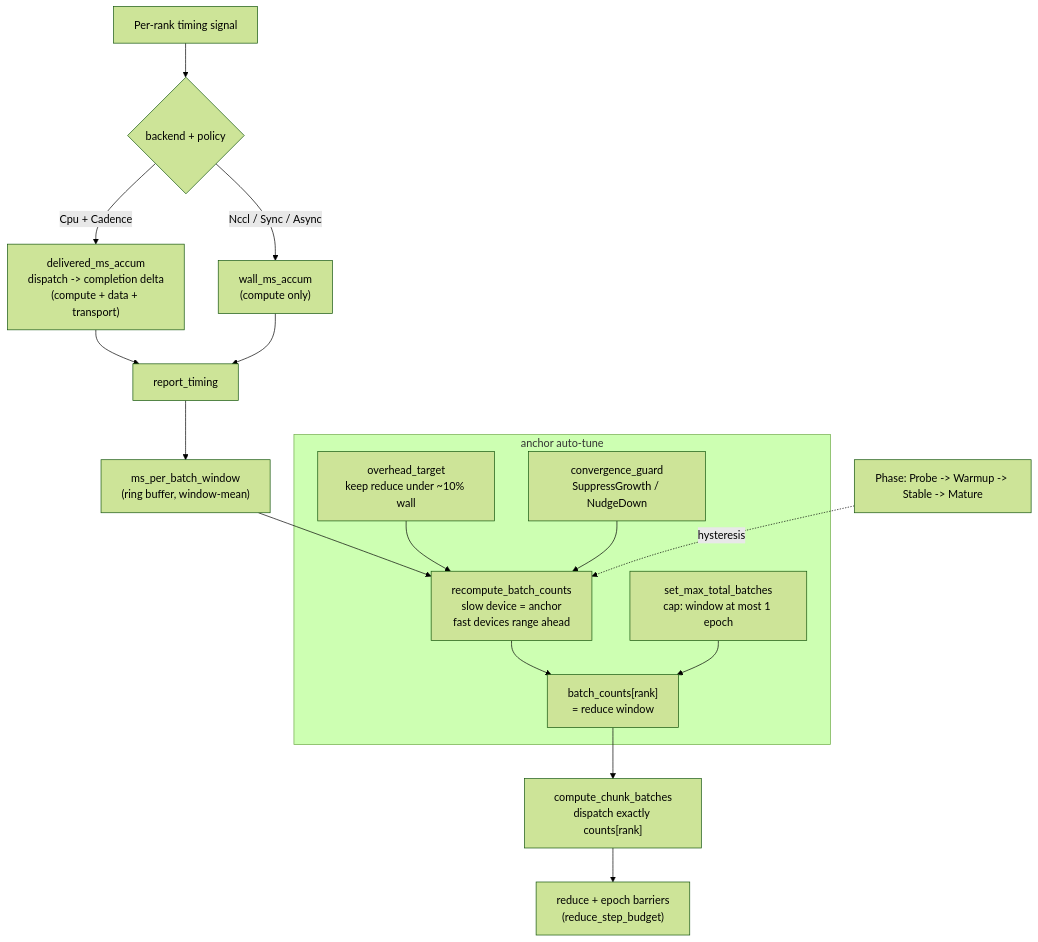
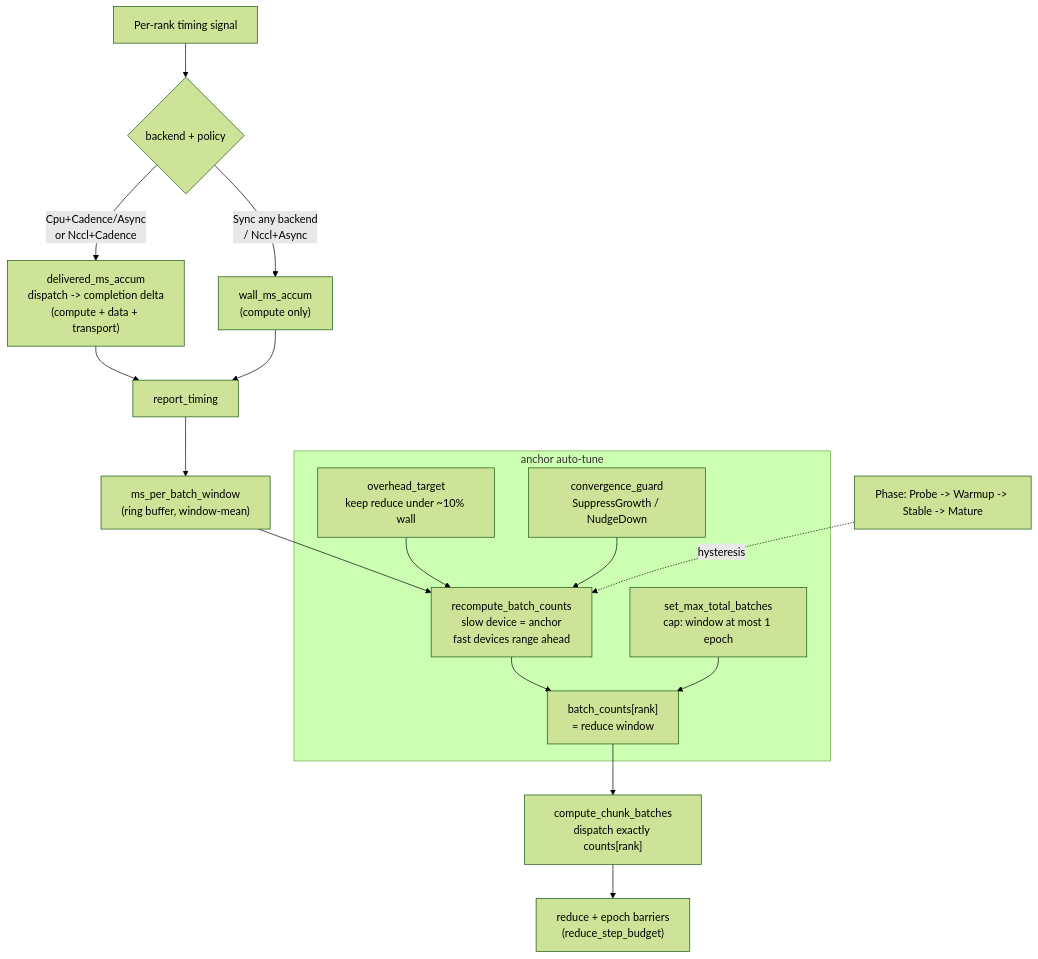
Before and after one commit to fab2s/floDl: the fifth of 6 diagrams in docs/distributed/architecture.md, drawn with Mermaid (forest theme). The commit also changed other lines of this file, not shown here.

````diff
--- a/docs/distributed/architecture.md
+++ b/docs/distributed/architecture.md
@@ -248,21 +277,21 @@
 ```mermaid
 flowchart TB
     A["Per-rank timing signal"] --> B{backend + policy}
-    B -->|Cpu + Cadence| C["delivered_ms_accum<br/>dispatch -> completion delta<br/>(compute + data + transport)"]
-    B -->|Nccl / Sync / Async| D["wall_ms_accum<br/>(compute only)"]
+    B -->|Cpu+Cadence/Async<br/>or Nccl+Cadence| C["delivered_ms_accum<br/>dispatch -> completion delta<br/>(compute + data + transport)"]
+    B -->|Sync any backend<br/>/ Nccl+Async| D["wall_ms_accum<br/>(compute only)"]
     C --> E["report_timing"]
     D --> E
     E --> F["ms_per_batch_window<br/>(ring buffer, window-mean)"]
     F --> G["recompute_batch_counts<br/>slow device = anchor<br/>fast devices range ahead"]
     G --> H["batch_counts[rank]<br/>= reduce window"]
     H --> I["compute_chunk_batches<br/>dispatch exactly counts[rank]"]
     I --> J["reduce + epoch barriers<br/>(reduce_step_budget)"]
 
     subgraph autotune["anchor auto-tune"]
         K["overhead_target<br/>keep reduce under ~10% wall"] --> G
         M["convergence_guard<br/>SuppressGrowth / NudgeDown"] --> G
         N["set_max_total_batches<br/>cap: window at most 1 epoch"] --> H
     end
 
     P["Phase: Probe -> Warmup -> Stable -> Mature"] -.->|hysteresis| G
 ```
````
